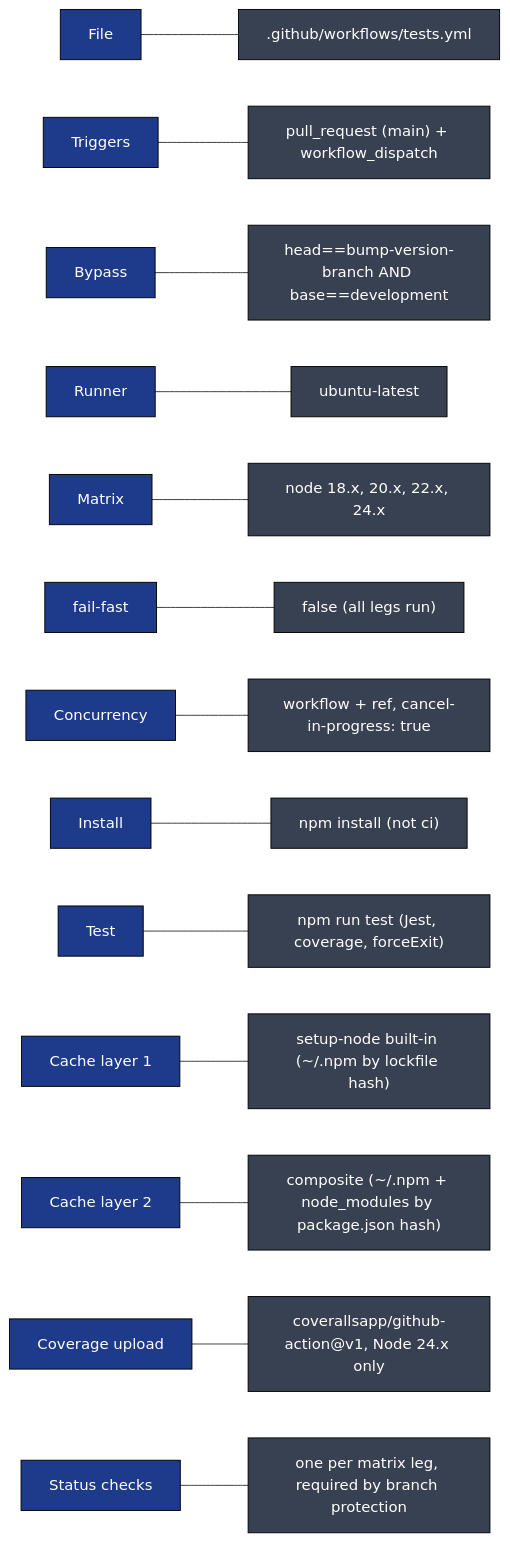
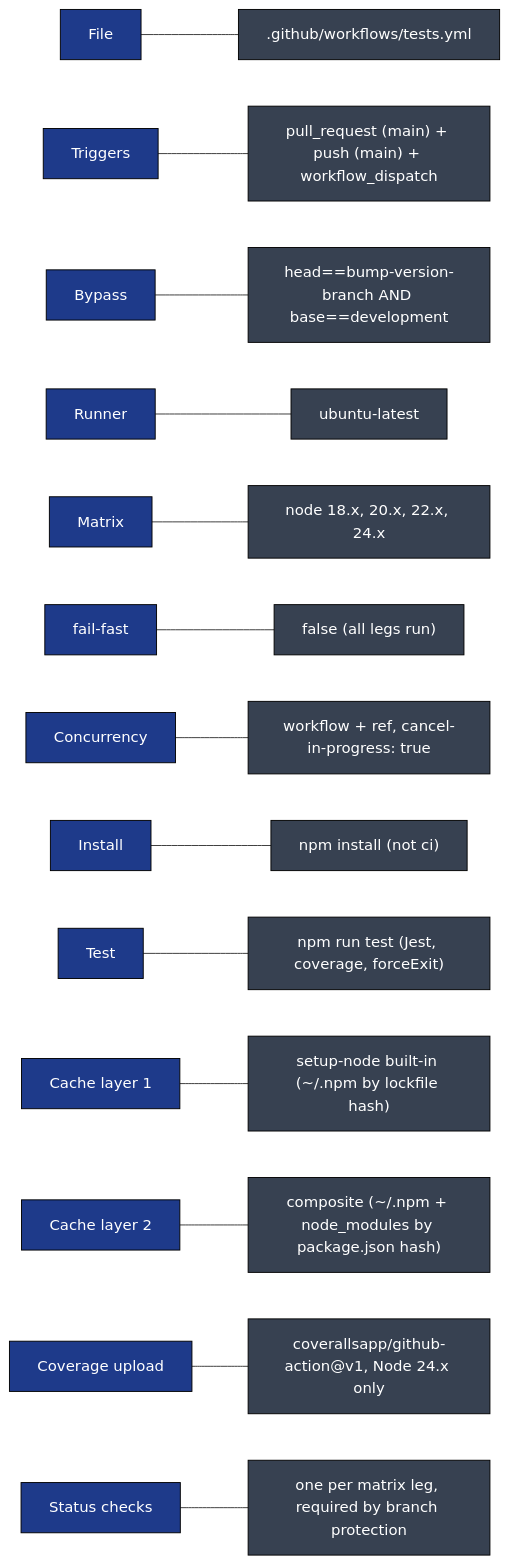
Before and after one commit to gregreindel/llm-exe: the ninth of 9 diagrams in .github/docs/TESTS_DEEP_DIVE.md, drawn with Mermaid. The commit also changed other lines of this file and 3 other files, not shown here.

First line of the commit message:
docs: sync tests deep dive, workflow architecture, and workflows index after tests.yml push trigger added

````diff
--- a/.github/docs/TESTS_DEEP_DIVE.md
+++ b/.github/docs/TESTS_DEEP_DIVE.md
@@ -352,19 +361,19 @@
 ```mermaid
 flowchart LR
     classDef k fill:#1e3a8a,color:#fff,stroke:#000
     classDef v fill:#374151,color:#fff,stroke:#000
 
     K1["File"]:::k --- V1[".github/workflows/tests.yml"]:::v
-    K2["Triggers"]:::k --- V2["pull_request (main) + workflow_dispatch"]:::v
+    K2["Triggers"]:::k --- V2["pull_request (main) + push (main) + workflow_dispatch"]:::v
     K3["Bypass"]:::k --- V3["head==bump-version-branch AND base==development"]:::v
     K4["Runner"]:::k --- V4["ubuntu-latest"]:::v
     K5["Matrix"]:::k --- V5["node 18.x, 20.x, 22.x, 24.x"]:::v
     K6["fail-fast"]:::k --- V6["false (all legs run)"]:::v
     K7["Concurrency"]:::k --- V7["workflow + ref, cancel-in-progress: true"]:::v
     K8["Install"]:::k --- V8["npm install (not ci)"]:::v
     K9["Test"]:::k --- V9["npm run test (Jest, coverage, forceExit)"]:::v
     K10["Cache layer 1"]:::k --- V10["setup-node built-in (~/.npm by lockfile hash)"]:::v
     K11["Cache layer 2"]:::k --- V11["composite (~/.npm + node_modules by package.json hash)"]:::v
     K12["Coverage upload"]:::k --- V12["coverallsapp/github-action@v1, Node 24.x only"]:::v
     K13["Status checks"]:::k --- V13["one per matrix leg, required by branch protection"]:::v
 ```
````
